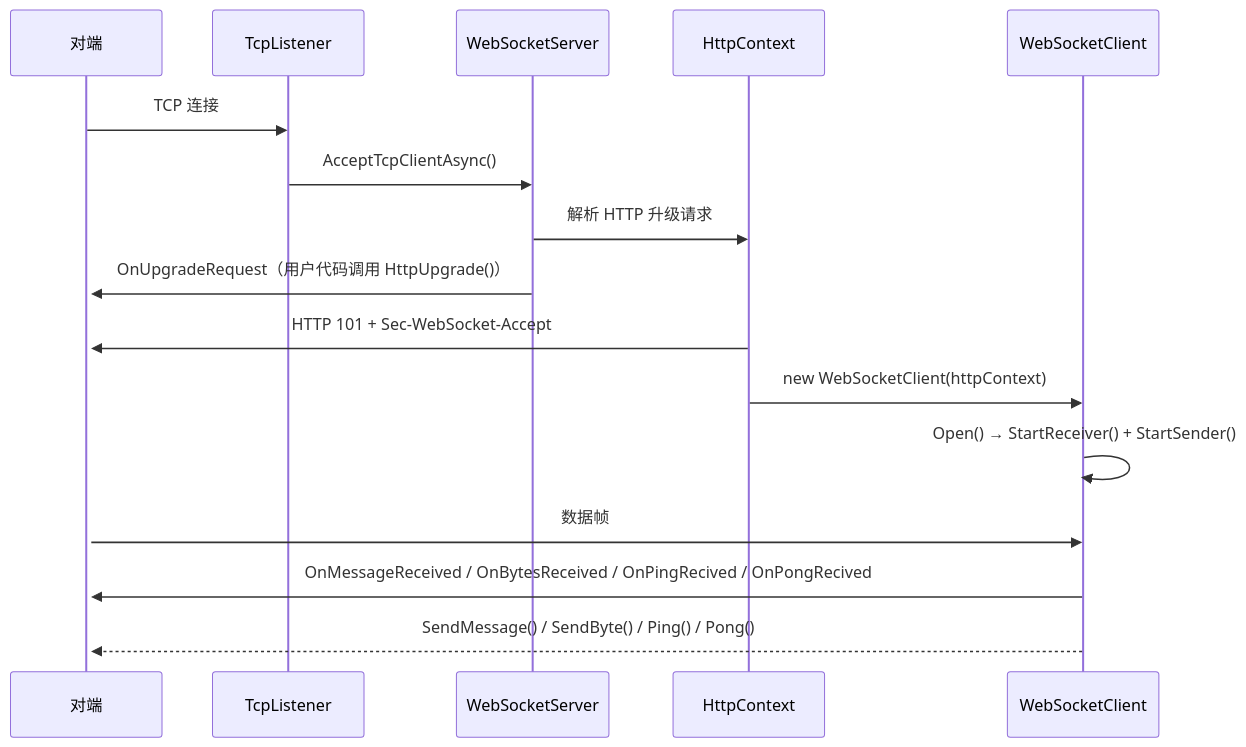
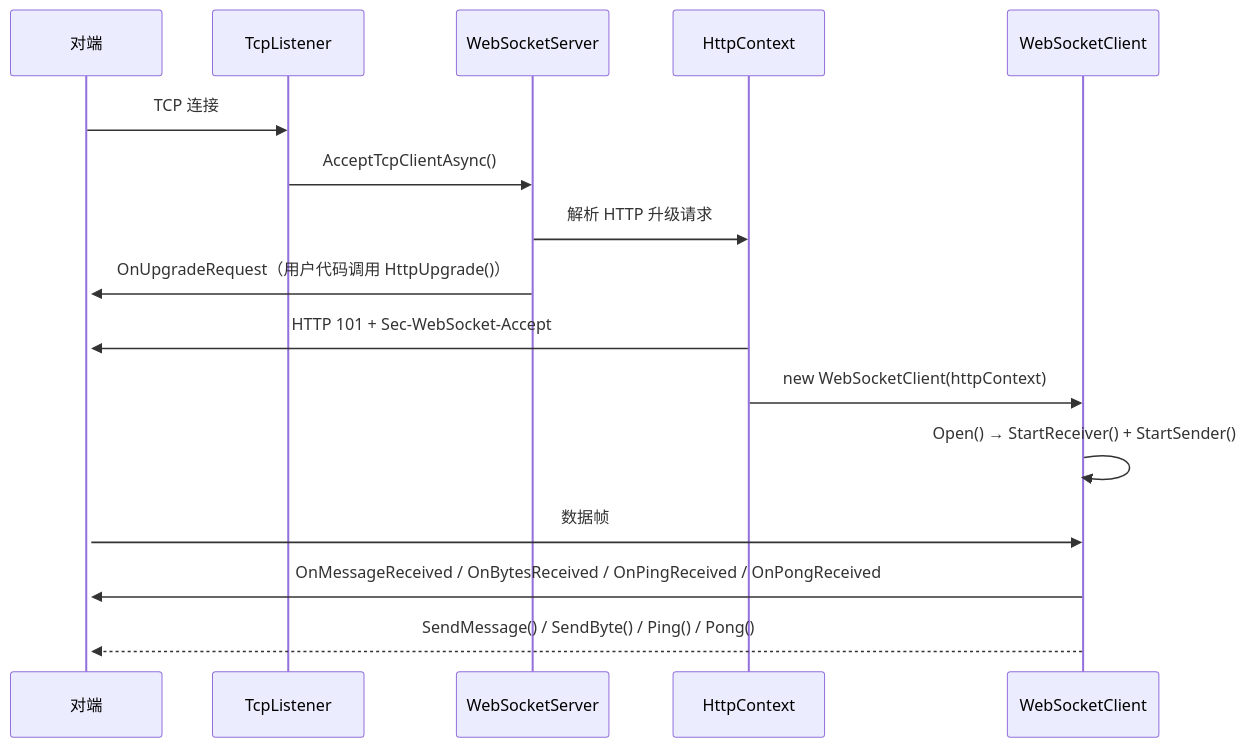
One commit to lhzcm/LHZ.WebSocket changed the diagram in README.zh-CN.md. Above: the diagram before and after it, drawn with Mermaid. The commit also changed other lines of this file and 28 other files, not shown here.

````diff
--- a/README.zh-CN.md
+++ b/README.zh-CN.md
@@ -262,19 +282,19 @@
 ```mermaid
 sequenceDiagram
     participant 对端
     participant TcpListener
     participant WebSocketServer
     participant HttpContext
     participant WebSocketClient
 
     对端->>TcpListener: TCP 连接
     TcpListener->>WebSocketServer: AcceptTcpClientAsync()
     WebSocketServer->>HttpContext: 解析 HTTP 升级请求
     WebSocketServer->>+对端: OnUpgradeRequest（用户代码调用 HttpUpgrade()）
     HttpContext->>对端: HTTP 101 + Sec-WebSocket-Accept
     HttpContext->>WebSocketClient: new WebSocketClient(httpContext)
     WebSocketClient->>WebSocketClient: Open() → StartReceiver() + StartSender()
     对端->>WebSocketClient: 数据帧
-    WebSocketClient->>对端: OnMessageReceived / OnBytesReceived / OnPingRecived / OnPongRecived
+    WebSocketClient->>对端: OnMessageReceived / OnBytesReceived / OnPingReceived / OnPongReceived
     WebSocketClient-->>对端: SendMessage() / SendByte() / Ping() / Pong()
 ```
````
